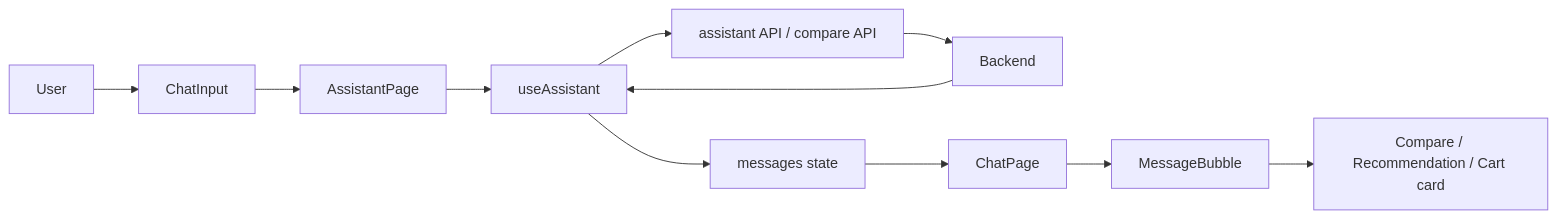
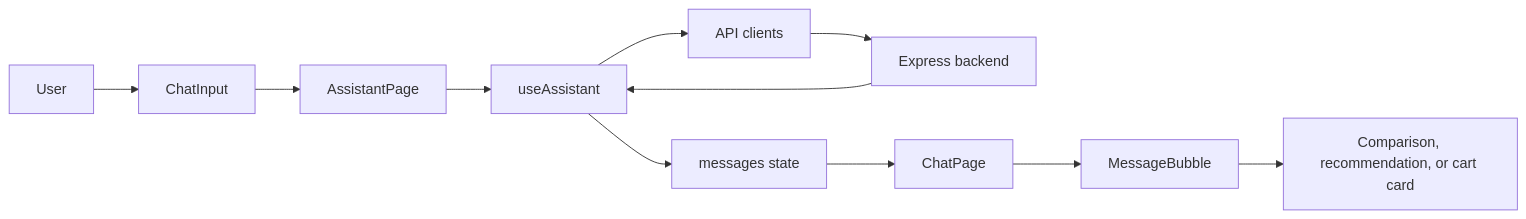
Before and after one commit to sucessdy/price-comparator: the first of 2 diagrams in decisions/client.md, drawn with Mermaid. The commit also changed other lines of this file and 2 other files, not shown here.

Commit message:
Document project architecture and setup

````diff
--- a/decisions/client.md
+++ b/decisions/client.md
@@ -3,13 +9,13 @@
 ```mermaid
 flowchart LR
   User --> Input["ChatInput"]
   Input --> Page["AssistantPage"]
   Page --> Hook["useAssistant"]
-  Hook --> API["assistant API / compare API"]
-  API --> Backend["Backend"]
+  Hook --> API["API clients"]
+  API --> Backend["Express backend"]
   Backend --> Hook
   Hook --> Messages["messages state"]
   Messages --> Chat["ChatPage"]
   Chat --> Bubble["MessageBubble"]
-  Bubble --> Card["Compare / Recommendation / Cart card"]
+  Bubble --> Cards["Comparison, recommendation, or cart card"]
 ```
````
